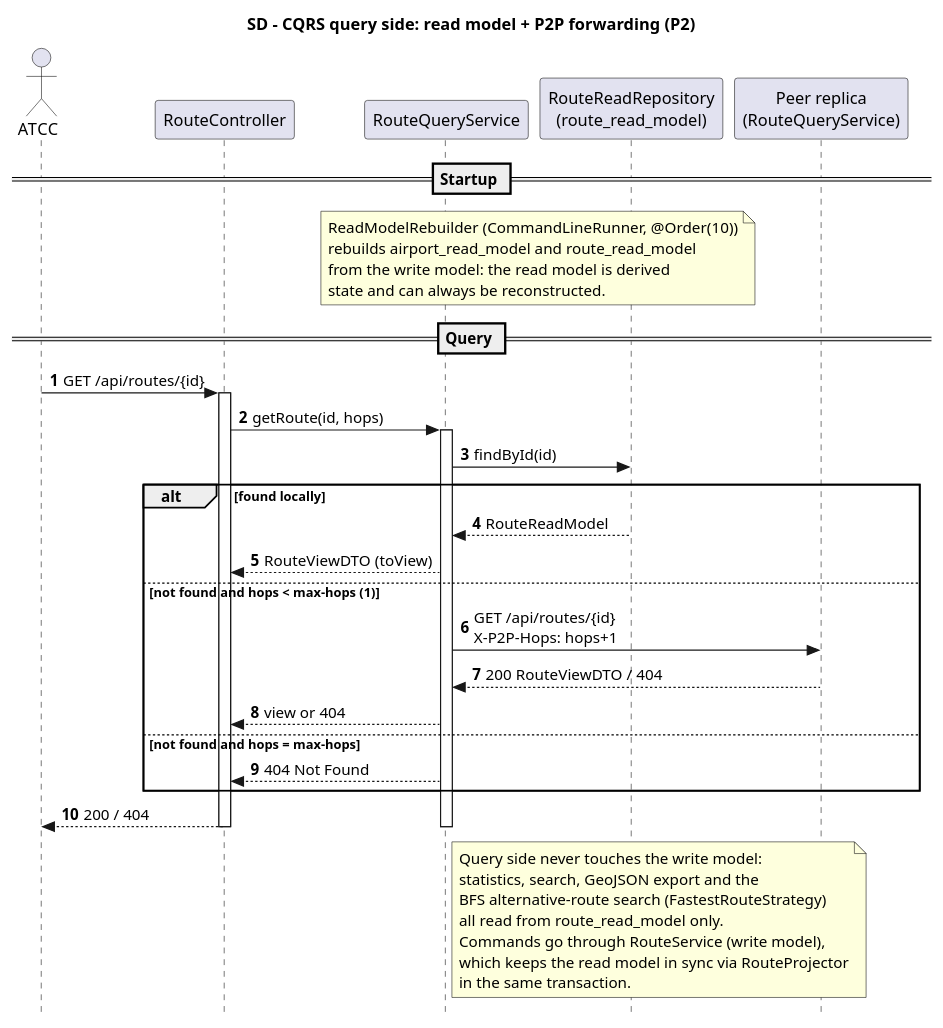
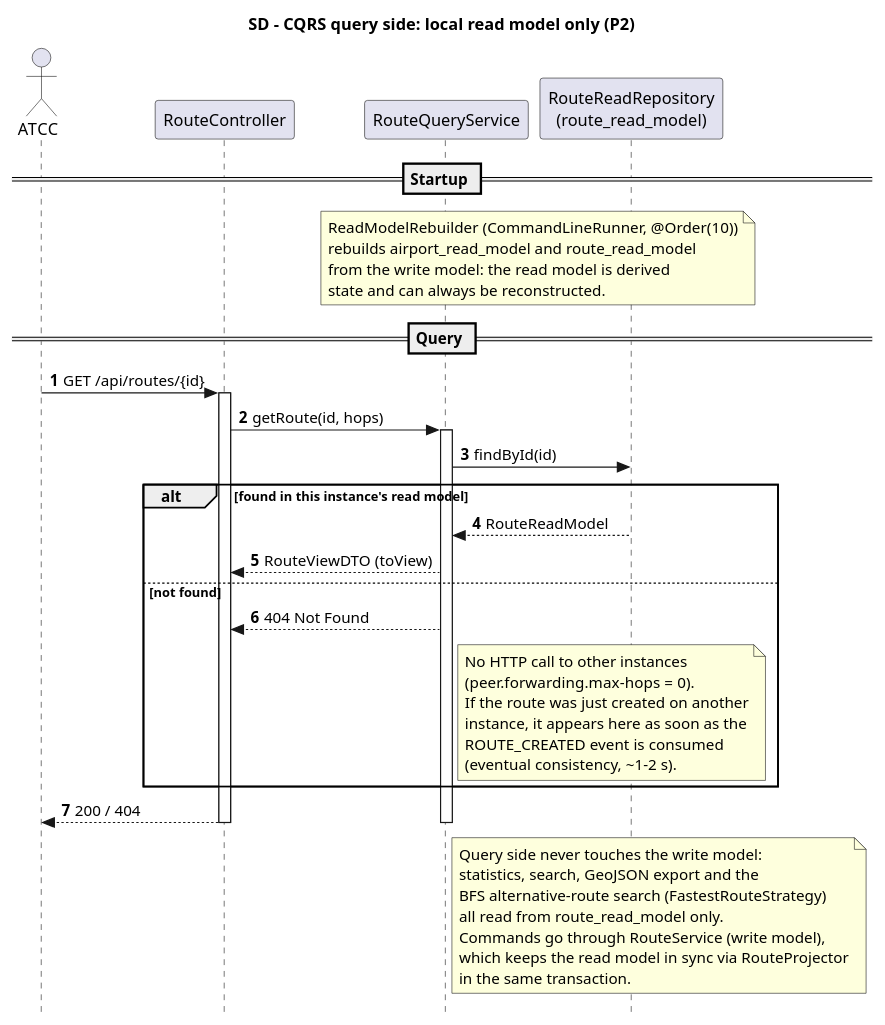
The diagram in Services/Airport e Routes/airports-routes-service/docs/E2/sd-cqrs-query-read-model.puml (anamartasilvaa/SIDIG_AI_Safe), drawn with PlantUML before and after one commit. The commit also changed 12 other files, not shown here.

```diff
--- a/Services/Airport e Routes/airports-routes-service/docs/E2/sd-cqrs-query-read-model.puml
+++ b/Services/Airport e Routes/airports-routes-service/docs/E2/sd-cqrs-query-read-model.puml
@@ -1,49 +1,52 @@
 @startuml sd-cqrs-query-read-model
 skinparam style strictuml
 autonumber
-title SD - CQRS query side: read model + P2P forwarding (P2)
+title SD - CQRS query side: local read model only (P2)
 
 actor "ATCC" as User
 participant "RouteController" as Ctrl
 participant "RouteQueryService" as Query
 participant "RouteReadRepository\n(route_read_model)" as RM
-participant "Peer replica\n(RouteQueryService)" as Peer
 
 == Startup ==
 note over Query, RM
   ReadModelRebuilder (CommandLineRunner, @Order(10))
   rebuilds airport_read_model and route_read_model
   from the write model: the read model is derived
   state and can always be reconstructed.
 end note
 
 == Query ==
 User -> Ctrl : GET /api/routes/{id}
 activate Ctrl
 Ctrl -> Query : getRoute(id, hops)
 activate Query
 Query -> RM : findById(id)
-alt found locally
+alt found in this instance's read model
     RM --> Query : RouteReadModel
     Query --> Ctrl : RouteViewDTO (toView)
-else not found and hops < max-hops (1)
-    Query -> Peer : GET /api/routes/{id}\nX-P2P-Hops: hops+1
-    Peer --> Query : 200 RouteViewDTO / 404
-    Query --> Ctrl : view or 404
-else not found and hops = max-hops
+else not found
     Query --> Ctrl : 404 Not Found
+    note right of Query
+      No HTTP call to other instances
+      (peer.forwarding.max-hops = 0).
+      If the route was just created on another
+      instance, it appears here as soon as the
+      ROUTE_CREATED event is consumed
+      (eventual consistency, ~1-2 s).
+    end note
 end
 Ctrl --> User : 200 / 404
 deactivate Query
 deactivate Ctrl
 
 note right of Query
   Query side never touches the write model:
   statistics, search, GeoJSON export and the
   BFS alternative-route search (FastestRouteStrategy)
   all read from route_read_model only.
   Commands go through RouteService (write model),
   which keeps the read model in sync via RouteProjector
   in the same transaction.
 end note
 @enduml
```
